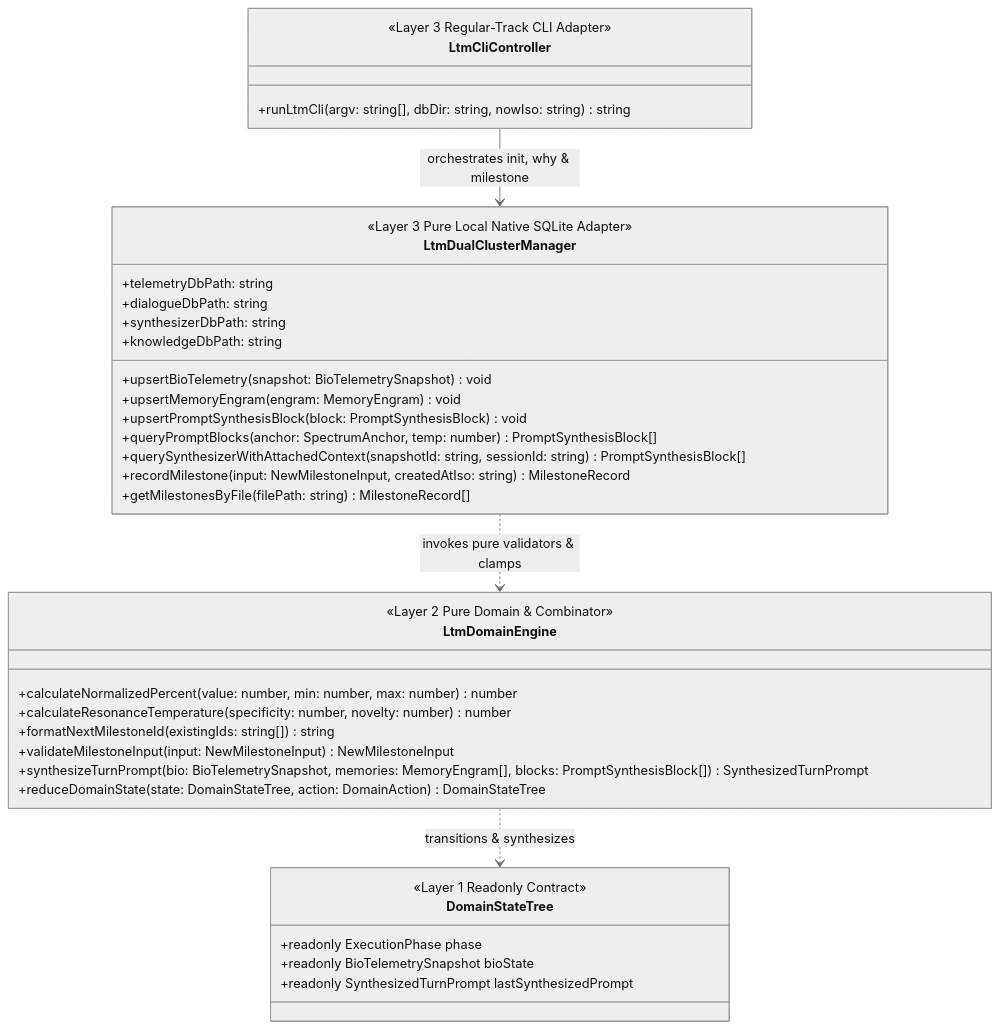
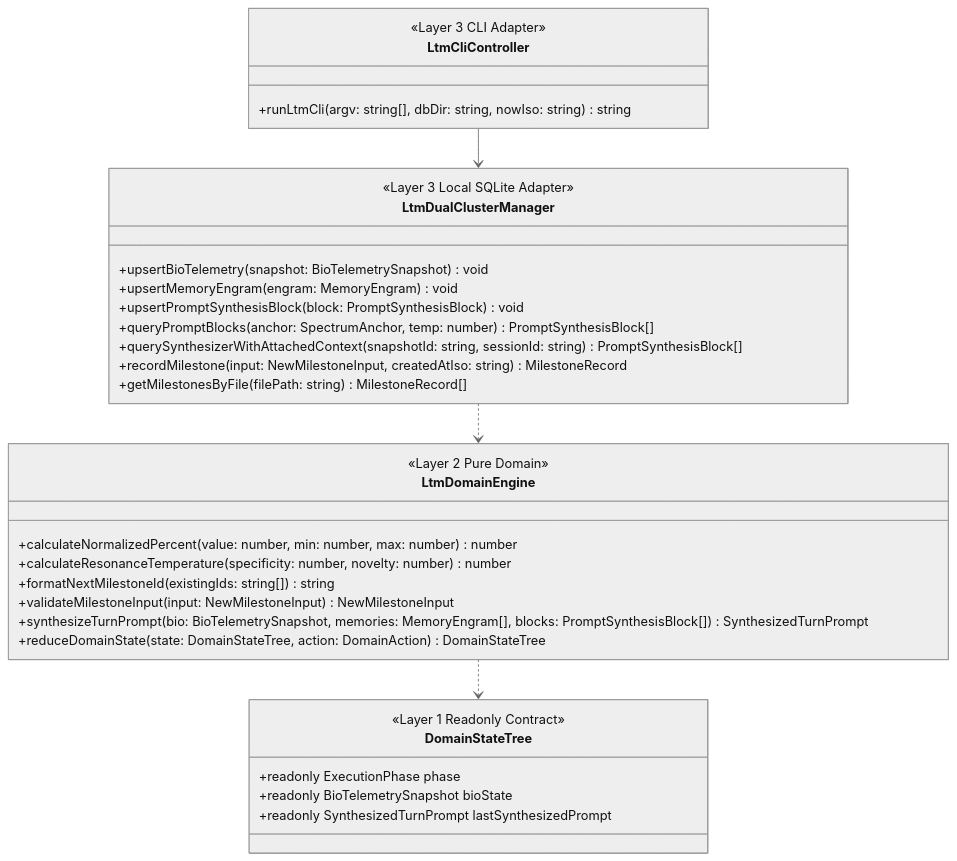
The second of 3 diagrams in docs/ARCHITECTURE.md (jinseobhong/eterna-luminas), drawn with Mermaid (neutral theme) before and after one commit. The commit also changed other lines of this file and 12 other files, not shown here.

````diff
--- a/docs/ARCHITECTURE.md
+++ b/docs/ARCHITECTURE.md
@@ -77,43 +68,39 @@
 ```mermaid
 classDiagram
     class DomainStateTree {
         <<Layer 1 Readonly Contract>>
         +readonly ExecutionPhase phase
         +readonly BioTelemetrySnapshot bioState
         +readonly SynthesizedTurnPrompt lastSynthesizedPrompt
     }
 
     class LtmDomainEngine {
-        <<Layer 2 Pure Domain & Combinator>>
+        <<Layer 2 Pure Domain>>
         +calculateNormalizedPercent(value: number, min: number, max: number) number
         +calculateResonanceTemperature(specificity: number, novelty: number) number
         +formatNextMilestoneId(existingIds: string[]) string
         +validateMilestoneInput(input: NewMilestoneInput) NewMilestoneInput
         +synthesizeTurnPrompt(bio: BioTelemetrySnapshot, memories: MemoryEngram[], blocks: PromptSynthesisBlock[]) SynthesizedTurnPrompt
         +reduceDomainState(state: DomainStateTree, action: DomainAction) DomainStateTree
     }
 
     class LtmDualClusterManager {
-        <<Layer 3 Pure Local Native SQLite Adapter>>
-        +telemetryDbPath: string
-        +dialogueDbPath: string
-        +synthesizerDbPath: string
-        +knowledgeDbPath: string
+        <<Layer 3 Local SQLite Adapter>>
         +upsertBioTelemetry(snapshot: BioTelemetrySnapshot) void
         +upsertMemoryEngram(engram: MemoryEngram) void
         +upsertPromptSynthesisBlock(block: PromptSynthesisBlock) void
         +queryPromptBlocks(anchor: SpectrumAnchor, temp: number) PromptSynthesisBlock[]
         +querySynthesizerWithAttachedContext(snapshotId: string, sessionId: string) PromptSynthesisBlock[]
         +recordMilestone(input: NewMilestoneInput, createdAtIso: string) MilestoneRecord
         +getMilestonesByFile(filePath: string) MilestoneRecord[]
     }
 
     class LtmCliController {
-        <<Layer 3 Regular-Track CLI Adapter>>
+        <<Layer 3 CLI Adapter>>
         +runLtmCli(argv: string[], dbDir: string, nowIso: string) string
     }
 
-    LtmDomainEngine ..> DomainStateTree : transitions & synthesizes
-    LtmDualClusterManager ..> LtmDomainEngine : invokes pure validators & clamps
-    LtmCliController --> LtmDualClusterManager : orchestrates init, why & milestone
+    LtmDomainEngine ..> DomainStateTree
+    LtmDualClusterManager ..> LtmDomainEngine
+    LtmCliController --> LtmDualClusterManager
 ```
````
